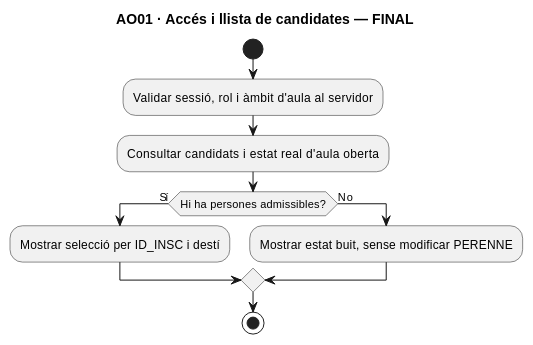
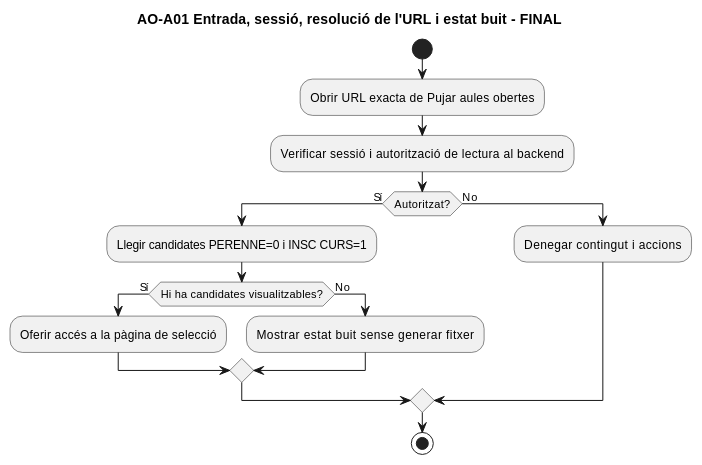
Before and after one commit to orgmeriemprismacat-del/verifactu: the fourth of 20 diagrams in documentacio/07-uml-integrat/uc-moodle-aules-obertes-fitxa-activitats.md, drawn with PlantUML. The commit also changed other lines of this file, not shown here.

Commit message:
docs: complete exact open-class URL with full functional UML, 16 actual/final page and section activity diagrams

````diff
--- a/documentacio/07-uml-integrat/uc-moodle-aules-obertes-fitxa-activitats.md
+++ b/documentacio/07-uml-integrat/uc-moodle-aules-obertes-fitxa-activitats.md
@@ -145,14 +154,19 @@
 ```plantuml
 @startuml
-title AO01 · Accés i llista de candidates — FINAL
+title AO-A01 Entrada, sessió, resolució de l'URL i estat buit - FINAL
 start
-:Validar sessió, rol i àmbit d'aula al servidor;
-:Consultar candidats i estat real d'aula oberta;
-if (Hi ha persones admissibles?) then (Sí)
- :Mostrar selecció per ID_INSC i destí;
+:Obrir URL exacta de Pujar aules obertes;
+:Verificar sessió i autorització de lectura al backend;
+if (Autoritzat?) then (Sí)
+ :Llegir candidates PERENNE=0 i INSC CURS=1;
+ if (Hi ha candidates visualitzables?) then (Sí)
+  :Oferir accés a la pàgina de selecció;
+ else (No)
+  :Mostrar estat buit sense generar fitxer;
+ endif
 else (No)
- :Mostrar estat buit, sense modificar PERENNE;
+ :Denegar contingut i accions;
 endif
 stop
 @enduml
 ```
````
